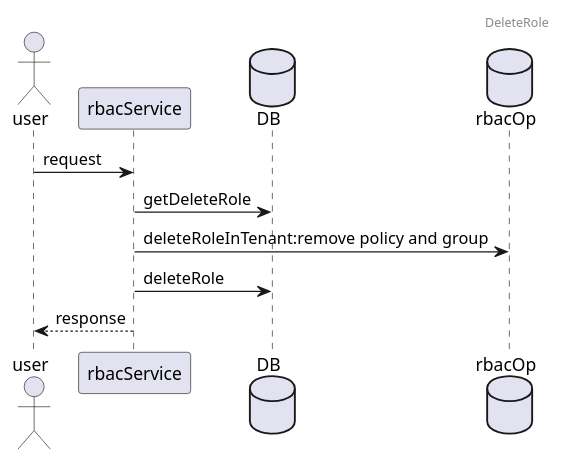
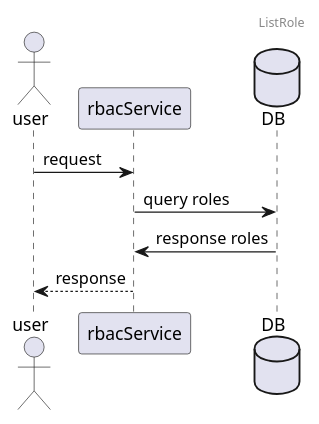
Before and after one commit to tkeel-io/docs: diagram 34 of 42 in docs/api/appendix/plantuml/rudder.md, drawn with PlantUML. The commit also changed other lines of this file and 2 other files, not shown here.

Commit message:
feat(API): rudder uml

````diff
--- a/docs/api/appendix/plantuml/rudder.md
+++ b/docs/api/appendix/plantuml/rudder.md
@@ -416,17 +617,13 @@
 ```plantuml
 
-header DeleteRole
+header ListRole
 
 actor user
 participant rbacService
 database DB
-database rbacOp
-
-
 user->rbacService:request
-rbacService->DB:getDeleteRole
-rbacService->rbacOp:deleteRoleInTenant:remove policy and group
-rbacService->DB:deleteRole
+rbacService->DB:query roles
+DB->rbacService: response roles
 rbacService-->user:response
 
 ```
````
